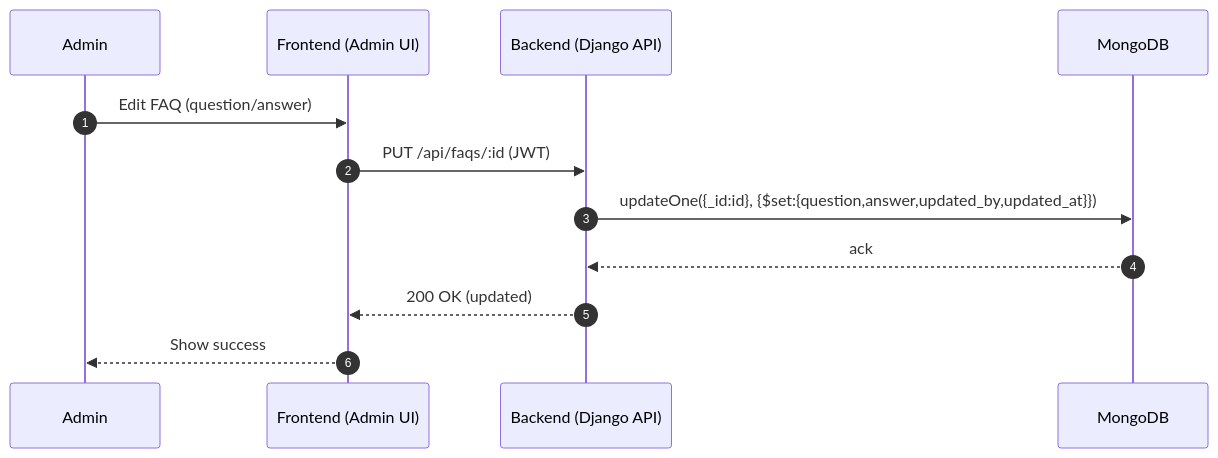
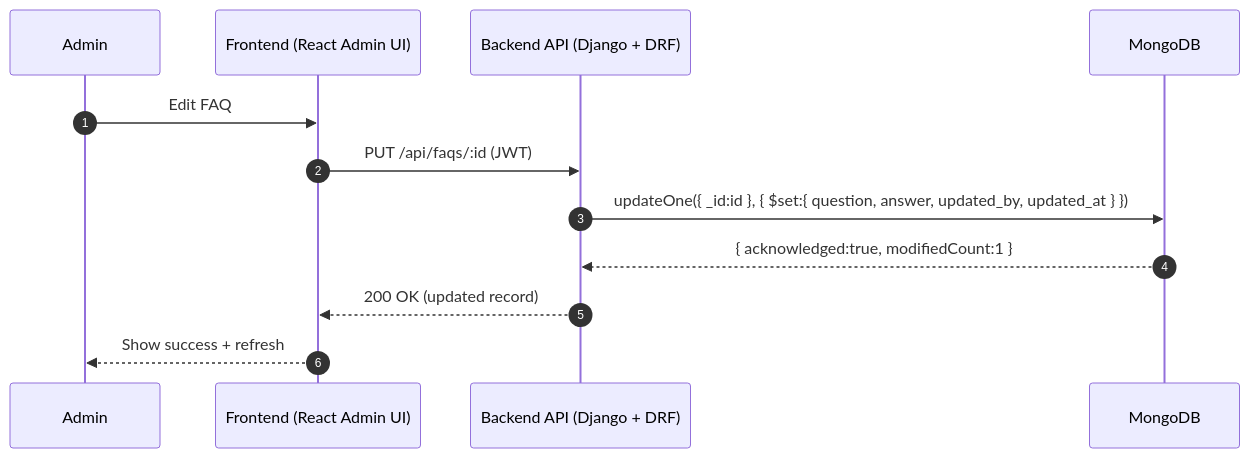
The third of 4 diagrams in Stage3.md (M0simi/portfolio), drawn with Mermaid before and after one commit. The commit also changed other lines of this file, not shown here.

````diff
--- a/Stage3.md
+++ b/Stage3.md
@@ -155,15 +193,15 @@
 ```mermaid
 sequenceDiagram
   autonumber
   participant Admin
-  participant FE as Frontend (Admin UI)
-  participant BE as Backend (Django API)
+  participant Frontend as Frontend (React Admin UI)
+  participant Backend as Backend API (Django + DRF)
   participant DB as MongoDB
 
-  Admin->>FE: Edit FAQ (question/answer)
-  FE->>BE: PUT /api/faqs/:id (JWT)
-  BE->>DB: updateOne({_id:id}, {$set:{question,answer,updated_by,updated_at}})
-  DB-->>BE: ack
-  BE-->>FE: 200 OK (updated)
-  FE-->>Admin: Show success
+  Admin->>Frontend: Edit FAQ
+  Frontend->>Backend: PUT /api/faqs/:id (JWT)
+  Backend->>DB: updateOne({ _id:id }, { $set:{ question, answer, updated_by, updated_at } })
+  DB-->>Backend: { acknowledged:true, modifiedCount:1 }
+  Backend-->>Frontend: 200 OK (updated record)
+  Frontend-->>Admin: Show success + refresh
 ```
````
